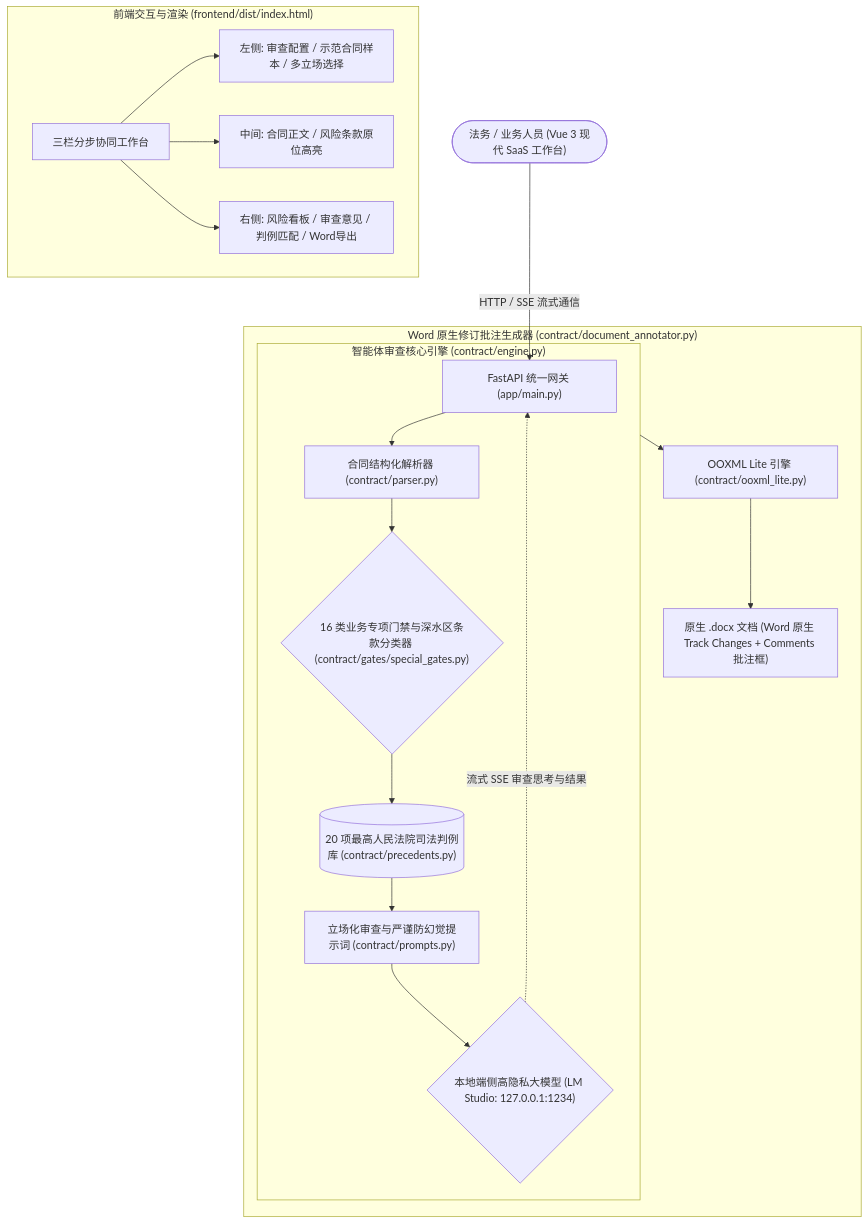
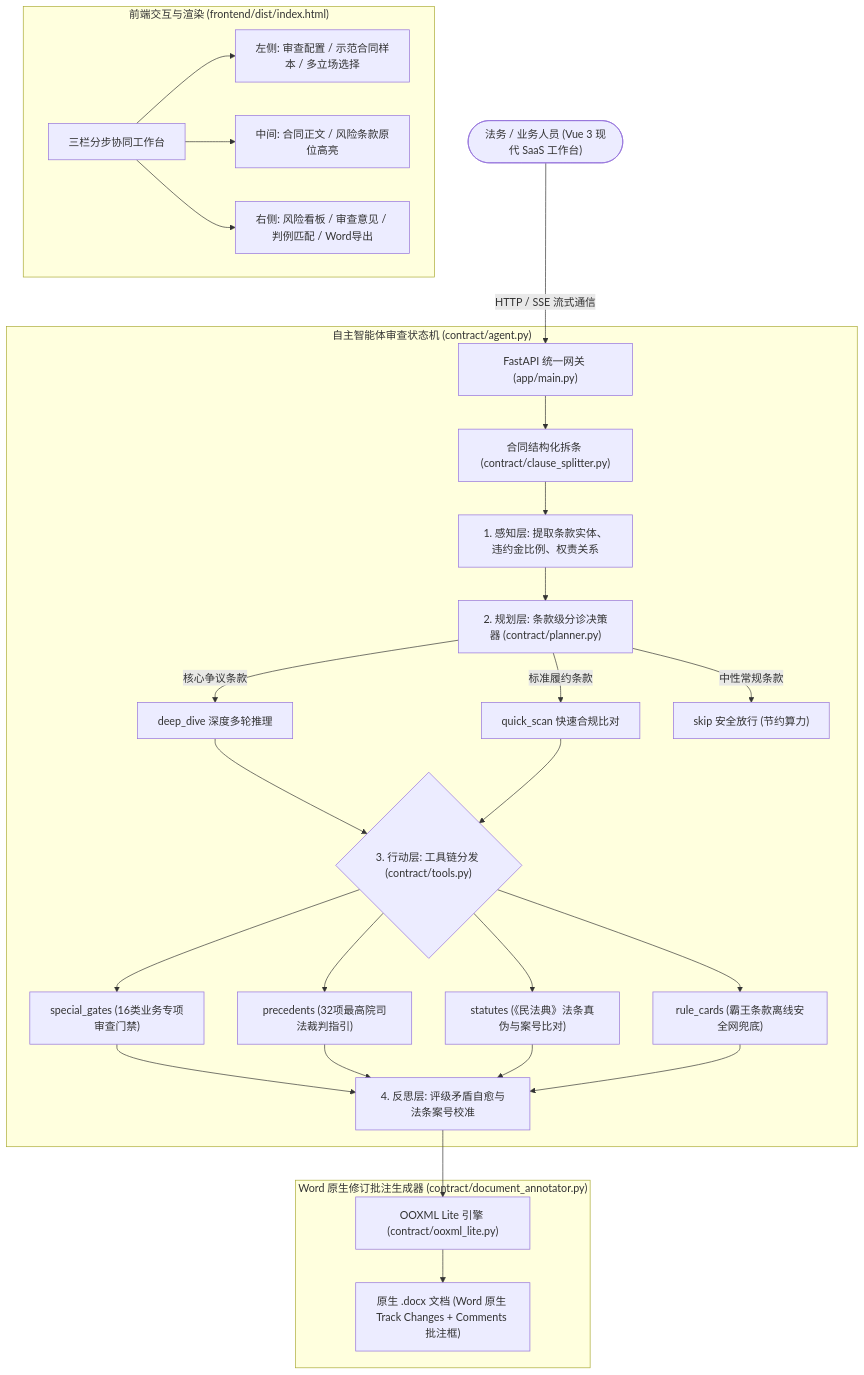
Before and after one commit to XuBeiYou408/CQ-YWZX: the diagram in 合同审查/README.md, drawn with Mermaid. The commit also changed other lines of this file and 3 other files, not shown here.

````diff
--- a/合同审查/README.md
+++ b/合同审查/README.md
@@ -11,27 +11,35 @@
 ```mermaid
 flowchart TD
     User(["法务 / 业务人员 (Vue 3 现代 SaaS 工作台)"]) -->|HTTP / SSE 流式通信| Gateway["FastAPI 统一网关 (app/main.py)"]
     
     subgraph Frontend ["前端交互与渲染 (frontend/dist/index.html)"]
         WorkBench["三栏分步协同工作台"]
         WorkBench --> Left["左侧: 审查配置 / 示范合同样本 / 多立场选择"]
         WorkBench --> Mid["中间: 合同正文 / 风险条款原位高亮"]
         WorkBench --> Right["右侧: 风险看板 / 审查意见 / 判例匹配 / Word导出"]
     end
 
-    subgraph Backend ["智能体审查核心引擎 (contract/engine.py)"]
-        Gateway --> Parser["合同结构化解析器 (contract/parser.py)"]
-        Parser --> Gates{"16 类业务专项门禁与深水区条款分类器 (contract/gates/special_gates.py)"}
+    subgraph AgentEngine ["自主智能体审查状态机 (contract/agent.py)"]
+        Gateway --> Parser["合同结构化拆条 (contract/clause_splitter.py)"]
+        Parser --> Sense["1. 感知层: 提取条款实体、违约金比例、权责关系"]
+        Sense --> Planner["2. 规划层: 条款级分诊决策器 (contract/planner.py)"]
         
-        Gates --> Precedents[("20 项最高人民法院司法判例库 (contract/precedents.py)")]
-        Precedents --> Prompts["立场化审查与严谨防幻觉提示词 (contract/prompts.py)"]
+        Planner -- "核心争议条款" --> DeepDive["deep_dive 深度多轮推理"]
+        Planner -- "标准履约条款" --> QuickScan["quick_scan 快速合规比对"]
+        Planner -- "中性常规条款" --> SafePass["skip 安全放行 (节约算力)"]
         
-        Prompts --> LLM{"本地端侧高隐私大模型 (LM Studio: 127.0.0.1:1234)"}
-        LLM -. "流式 SSE 审查思考与结果" .-> Gateway
+        DeepDive & QuickScan --> Action{"3. 行动层: 工具链分发 (contract/tools.py)"}
+        
+        Action --> ToolGates["special_gates (16类业务专项审查门禁)"]
+        Action --> ToolPrec["precedents (32项最高院司法裁判指引)"]
+        Action --> ToolStat["statutes (《民法典》法条真伪与案号比对)"]
+        Action --> ToolRules["rule_cards (霸王条款离线安全网兜底)"]
+        
+        ToolGates & ToolPrec & ToolStat & ToolRules --> Reflect["4. 反思层: 评级矛盾自愈与法条案号校准"]
     end
 
     subgraph DocumentWriter ["Word 原生修订批注生成器 (contract/document_annotator.py)"]
-        Backend --> OOXML["OOXML Lite 引擎 (contract/ooxml_lite.py)"]
+        Reflect --> OOXML["OOXML Lite 引擎 (contract/ooxml_lite.py)"]
         OOXML --> Docx["原生 .docx 文档 (Word 原生 Track Changes + Comments 批注框)"]
     end
 ```
````
